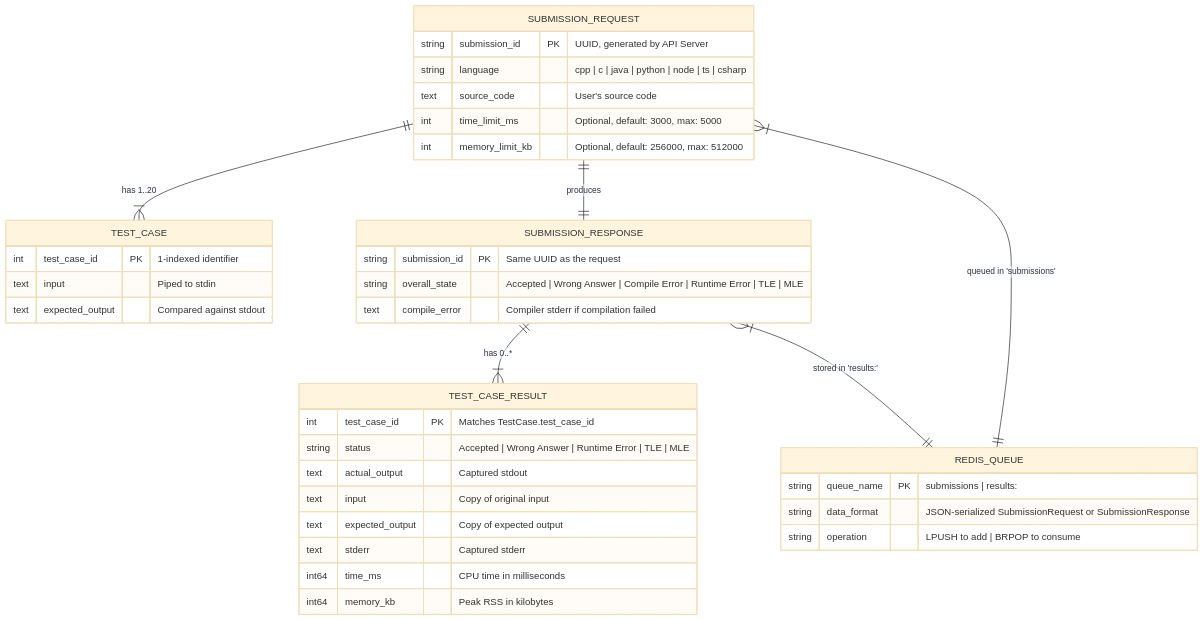
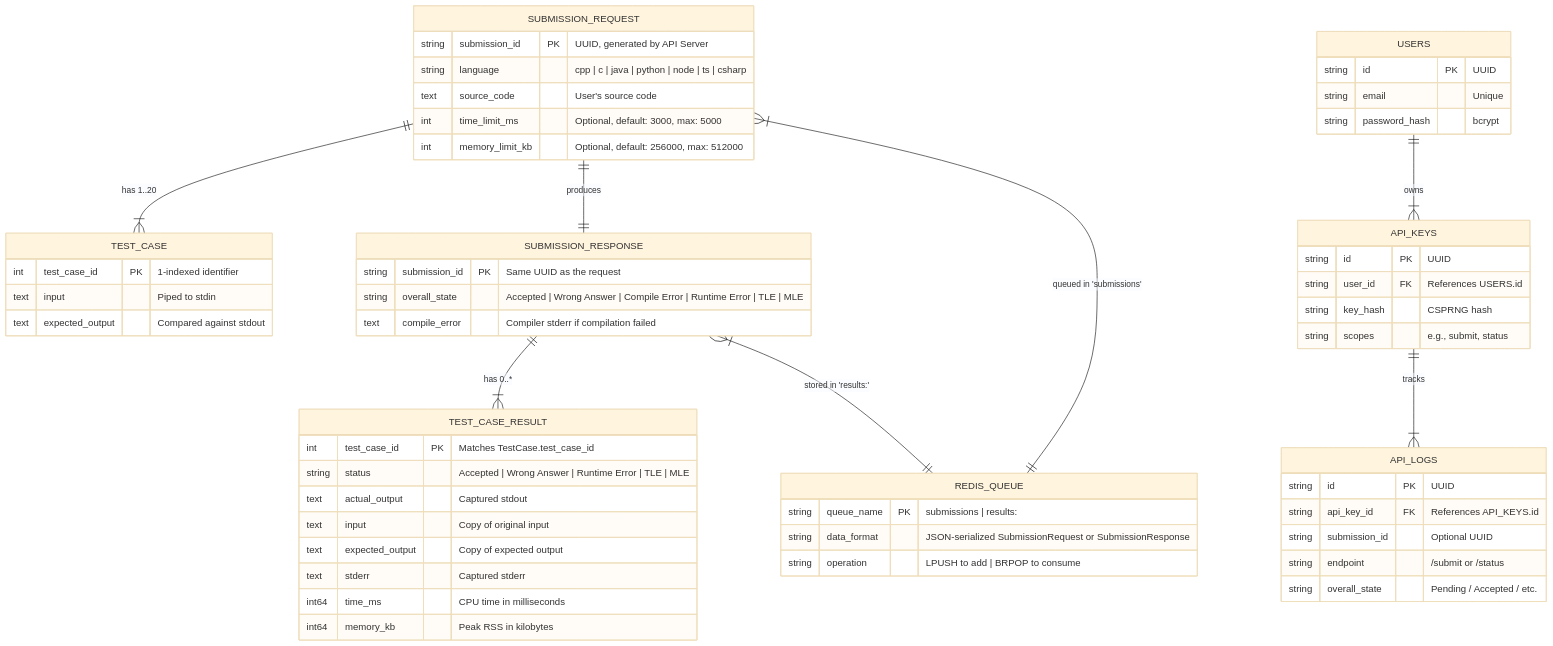
One commit to Smanikanta21/velox changed the first of 3 diagrams in Diagrams/05_er_diagram.md. Above: the diagram before and after it, drawn with Mermaid (base theme). The commit also changed 6 other files, not shown here.

Commit message:
docs: add api logs

````diff
--- a/Diagrams/05_er_diagram.md
+++ b/Diagrams/05_er_diagram.md
@@ -9,45 +9,68 @@
 ```mermaid
 erDiagram
     SUBMISSION_REQUEST {
         string submission_id PK "UUID, generated by API Server"
         string language "cpp | c | java | python | node | ts | csharp"
         text source_code "User's source code"
         int time_limit_ms "Optional, default: 3000, max: 5000"
         int memory_limit_kb "Optional, default: 256000, max: 512000"
     }
 
     TEST_CASE {
         int test_case_id PK "1-indexed identifier"
         text input "Piped to stdin"
         text expected_output "Compared against stdout"
     }
 
     SUBMISSION_RESPONSE {
         string submission_id PK "Same UUID as the request"
         string overall_state "Accepted | Wrong Answer | Compile Error | Runtime Error | TLE | MLE"
         text compile_error "Compiler stderr if compilation failed"
     }
 
     TEST_CASE_RESULT {
         int test_case_id PK "Matches TestCase.test_case_id"
         string status "Accepted | Wrong Answer | Runtime Error | TLE | MLE"
         text actual_output "Captured stdout"
         text input "Copy of original input"
         text expected_output "Copy of expected output"
         text stderr "Captured stderr"
         int64 time_ms "CPU time in milliseconds"
         int64 memory_kb "Peak RSS in kilobytes"
     }
 
     REDIS_QUEUE {
         string queue_name PK "submissions | results:<submission_id>"
         string data_format "JSON-serialized SubmissionRequest or SubmissionResponse"
         string operation "LPUSH to add | BRPOP to consume"
     }
 
+    USERS {
+        string id PK "UUID"
+        string email "Unique"
+        string password_hash "bcrypt"
+    }
+
+    API_KEYS {
+        string id PK "UUID"
+        string user_id FK "References USERS.id"
+        string key_hash "CSPRNG hash"
+        string scopes "e.g., submit, status"
+    }
+
+    API_LOGS {
+        string id PK "UUID"
+        string api_key_id FK "References API_KEYS.id"
+        string submission_id "Optional UUID"
+        string endpoint "/submit or /status"
+        string overall_state "Pending / Accepted / etc."
+    }
+
     SUBMISSION_REQUEST ||--|{ TEST_CASE : "has 1..20"
     SUBMISSION_RESPONSE ||--|{ TEST_CASE_RESULT : "has 0..*"
     SUBMISSION_REQUEST ||--|| SUBMISSION_RESPONSE : "produces"
     SUBMISSION_REQUEST }|--|| REDIS_QUEUE : "queued in 'submissions'"
     SUBMISSION_RESPONSE }|--|| REDIS_QUEUE : "stored in 'results:<id>'"
+    USERS ||--|{ API_KEYS : "owns"
+    API_KEYS ||--|{ API_LOGS : "tracks"
 ```
````
